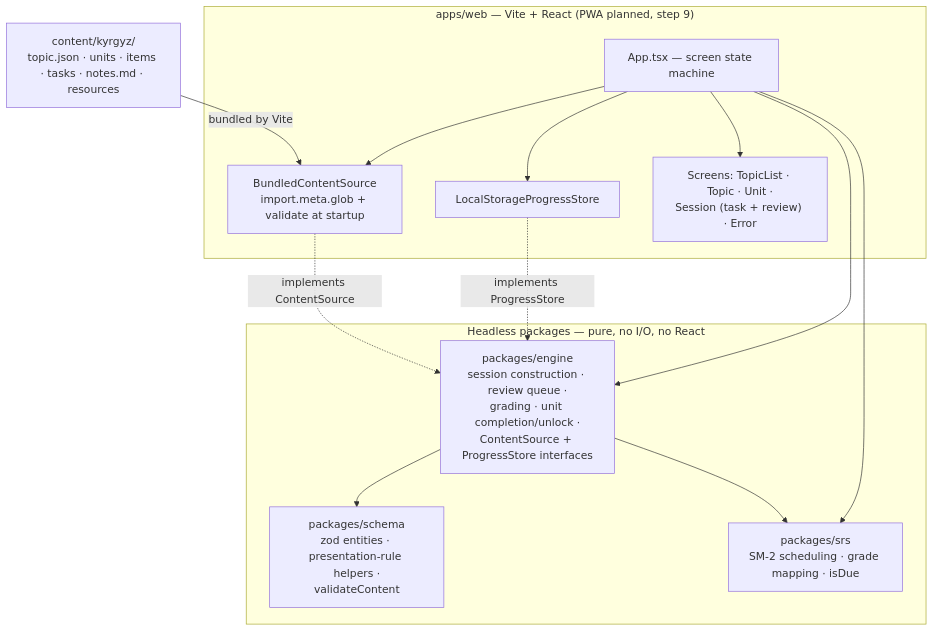
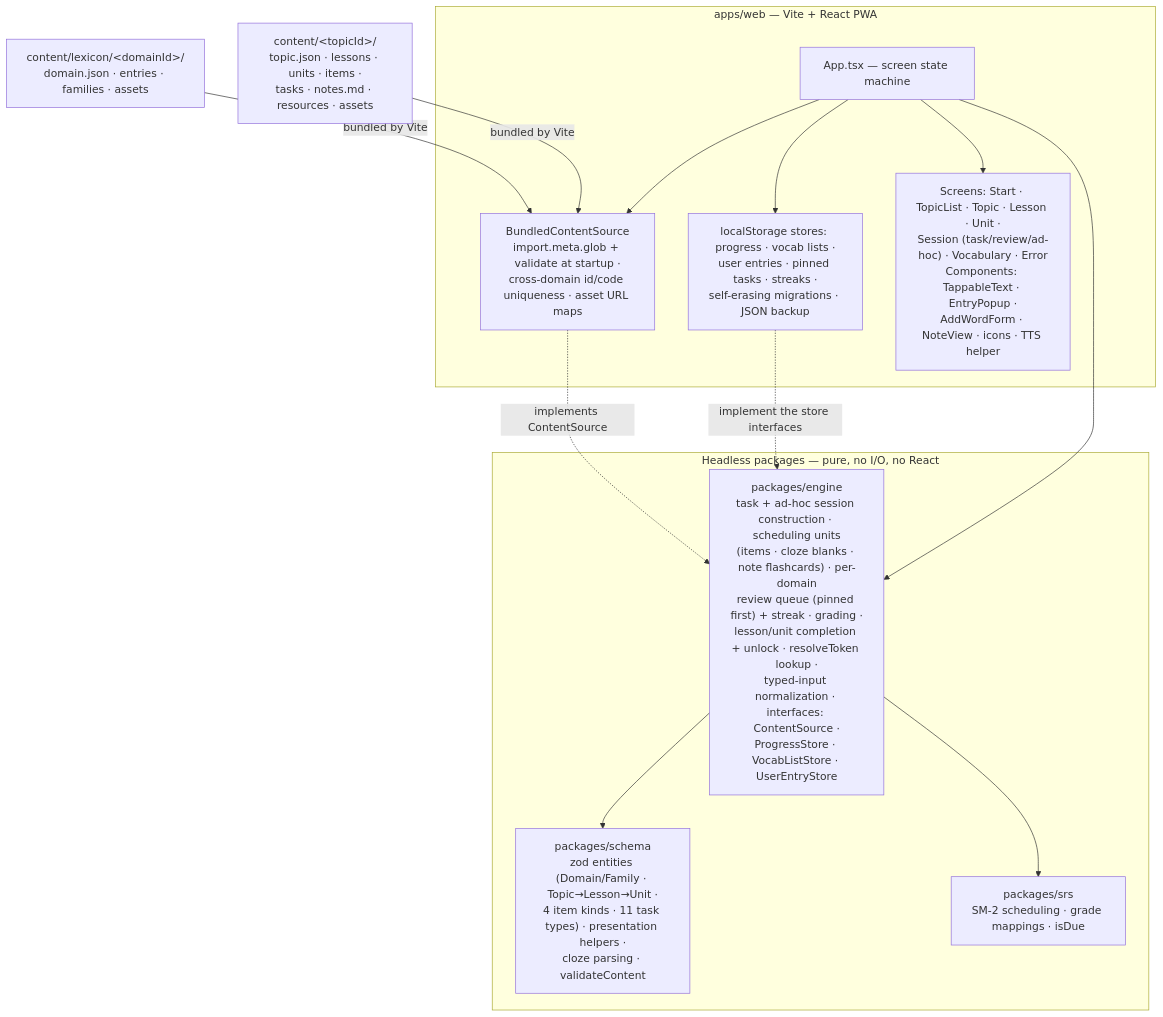
One commit to MoritzHauer/BetterBeaver changed the first of 3 diagrams in docs/architecture.md. Above: the diagram before and after it, drawn with Mermaid. The commit also changed other lines of this file and 12 other files, not shown here.

````diff
--- a/docs/architecture.md
+++ b/docs/architecture.md
@@ -16,28 +16,29 @@
 ```mermaid
 graph TD
-    content["content/kyrgyz/<br/>topic.json · units · items · tasks · notes.md · resources"]
+    lexicon["content/lexicon/&lt;domainId&gt;/<br/>domain.json · entries · families · assets"]
+    topics["content/&lt;topicId&gt;/<br/>topic.json · lessons · units · items ·<br/>tasks · notes.md · resources · assets"]
 
     subgraph headless ["Headless packages — pure, no I/O, no React"]
-        schema["packages/schema<br/>zod entities · presentation-rule helpers ·<br/>validateContent"]
-        srs["packages/srs<br/>SM-2 scheduling · grade mapping · isDue"]
-        engine["packages/engine<br/>session construction · review queue ·<br/>grading · unit completion/unlock ·<br/>ContentSource + ProgressStore interfaces"]
+        schema["packages/schema<br/>zod entities (Domain/Family · Topic→Lesson→Unit ·<br/>4 item kinds · 11 task types) · presentation helpers ·<br/>cloze parsing · validateContent"]
+        srs["packages/srs<br/>SM-2 scheduling · grade mappings · isDue"]
+        engine["packages/engine<br/>task + ad-hoc session construction · scheduling units<br/>(items · cloze blanks · note flashcards) · per-domain<br/>review queue (pinned first) + streak · grading ·<br/>lesson/unit completion + unlock · resolveToken lookup ·<br/>typed-input normalization · interfaces: ContentSource ·<br/>ProgressStore · VocabListStore · UserEntryStore"]
     end
 
-    subgraph web ["apps/web — Vite + React (PWA planned, step 9)"]
-        bundledSrc["BundledContentSource<br/>import.meta.glob + validate at startup"]
-        progressStore["LocalStorageProgressStore"]
+    subgraph web ["apps/web — Vite + React PWA"]
+        bundledSrc["BundledContentSource<br/>import.meta.glob + validate at startup ·<br/>cross-domain id/code uniqueness · asset URL maps"]
+        stores["localStorage stores: progress · vocab lists ·<br/>user entries · pinned tasks · streaks ·<br/>self-erasing migrations · JSON backup"]
         app["App.tsx — screen state machine"]
-        screens["Screens: TopicList · Topic · Unit ·<br/>Session (task + review) · Error"]
+        screens["Screens: Start · TopicList · Topic · Lesson · Unit ·<br/>Session (task/review/ad-hoc) · Vocabulary · Error<br/>Components: TappableText · EntryPopup ·<br/>AddWordForm · NoteView · icons · TTS helper"]
     end
 
     engine --> schema
     engine --> srs
-    content -->|"bundled by Vite"| bundledSrc
+    lexicon -->|"bundled by Vite"| bundledSrc
+    topics -->|"bundled by Vite"| bundledSrc
     bundledSrc -.->|"implements ContentSource"| engine
-    progressStore -.->|"implements ProgressStore"| engine
+    stores -.->|"implement the store interfaces"| engine
     app --> engine
-    app --> srs
     app --> bundledSrc
-    app --> progressStore
+    app --> stores
     app --> screens
 ```
````
